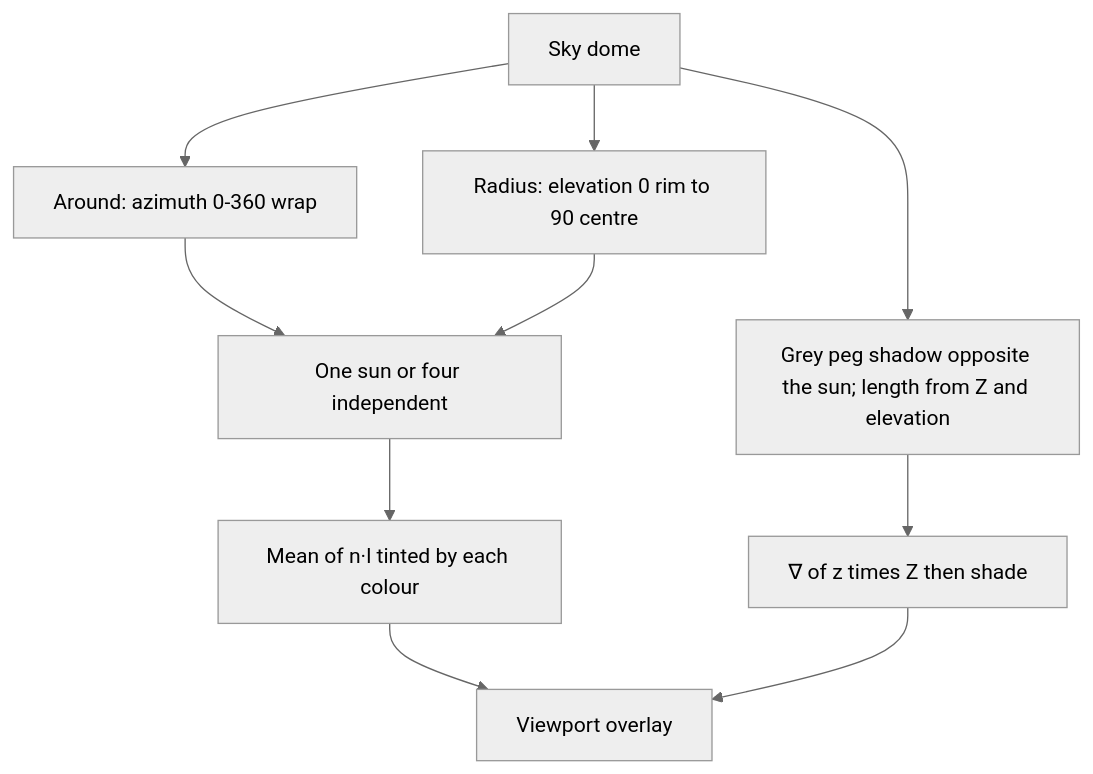
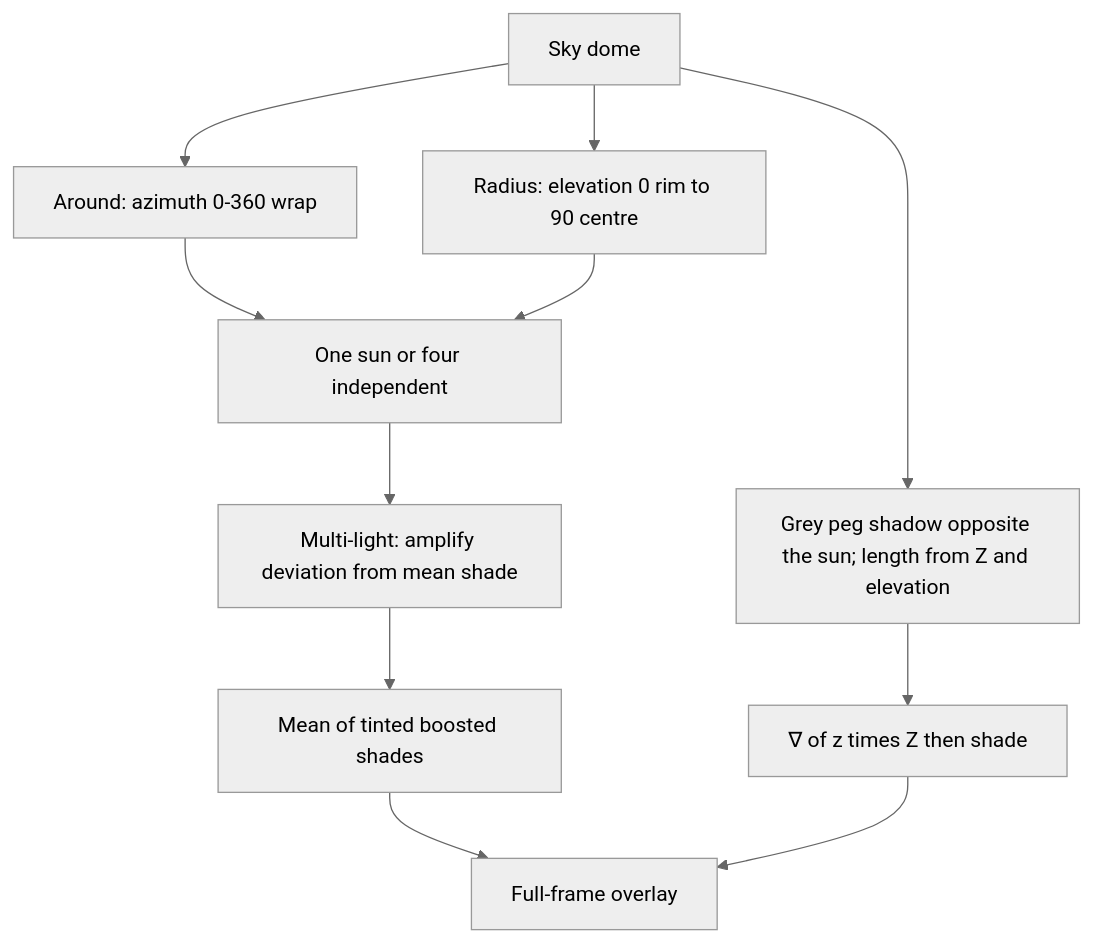
One commit to PiMaV/BLITZ changed the sixth of 10 diagrams in docs/architecture.md. Above: the diagram before and after it, drawn with Mermaid (neutral theme). The commit also changed other lines of this file and 10 other files, not shown here.

````diff
--- a/docs/architecture.md
+++ b/docs/architecture.md
@@ -145,12 +154,13 @@
 ```mermaid
 flowchart TD
   dome["Sky dome"] --> az["Around: azimuth 0-360 wrap"]
   dome --> el["Radius: elevation 0 rim to 90 centre"]
   dome --> zf["Grey peg shadow opposite the sun; length from Z and elevation"]
   az --> lights["One sun or four independent"]
   el --> lights
-  lights --> rgb["Mean of n·l tinted by each colour"]
+  lights --> gain["Multi-light: amplify deviation from mean shade"]
+  gain --> rgb["Mean of tinted boosted shades"]
   zf --> grad["∇ of z times Z then shade"]
-  rgb --> overlay["Viewport overlay"]
+  rgb --> overlay["Full-frame overlay"]
   grad --> overlay
 ```
````
